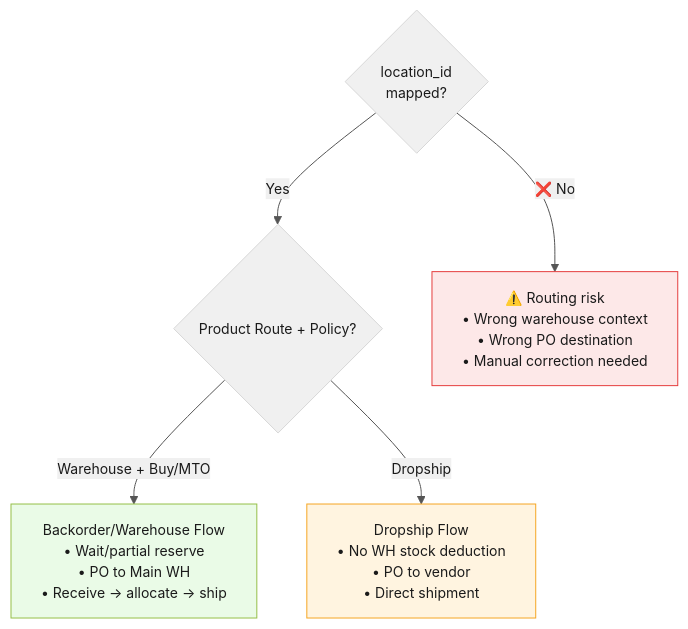
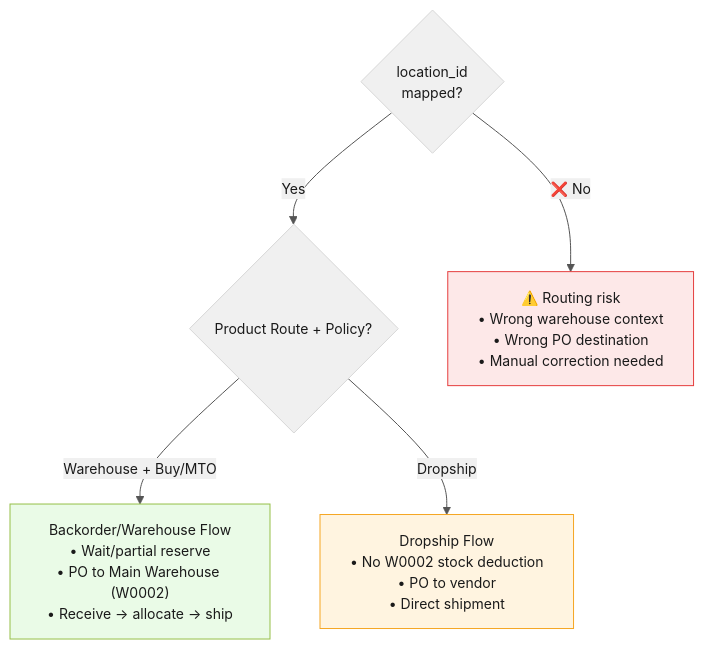
Before and after one commit to ozan-droid/documents: diagram 15 of 16 in shopify-sync-odoo-scenarios.md, drawn with Mermaid. The commit also changed other lines of this file, not shown here.

````diff
--- a/shopify-sync-odoo-scenarios.md
+++ b/shopify-sync-odoo-scenarios.md
@@ -606,14 +606,14 @@
 ```mermaid
 %%{init: {'theme': 'base', 'themeVariables': {'primaryColor': '#f0f0f0', 'primaryTextColor': '#1a1a1a', 'lineColor': '#555', 'textColor': '#1a1a1a', 'fontSize': '14px'}}}%%
 flowchart TD
     LID{"location_id\nmapped?"}
     
     LID -->|"Yes"| ROUTE{"Product Route + Policy?"}
-    ROUTE -->|"Warehouse + Buy/MTO"| WH["Backorder/Warehouse Flow\n• Wait/partial reserve\n• PO to Main WH\n• Receive → allocate → ship"]
-    ROUTE -->|"Dropship"| DS["Dropship Flow\n• No WH stock deduction\n• PO to vendor\n• Direct shipment"]
+    ROUTE -->|"Warehouse + Buy/MTO"| WH["Backorder/Warehouse Flow\n• Wait/partial reserve\n• PO to Main Warehouse (W0002)\n• Receive → allocate → ship"]
+    ROUTE -->|"Dropship"| DS["Dropship Flow\n• No W0002 stock deduction\n• PO to vendor\n• Direct shipment"]
     LID -->|"❌ No"| ERR["⚠️ Routing risk\n• Wrong warehouse context\n• Wrong PO destination\n• Manual correction needed"]
 
     style WH fill:#eafbe7,stroke:#96bf48,color:#1a1a1a
     style DS fill:#fff4e0,stroke:#f5a623,color:#1a1a1a
     style ERR fill:#fde8e8,stroke:#e53e3e,color:#1a1a1a
 ```
````
